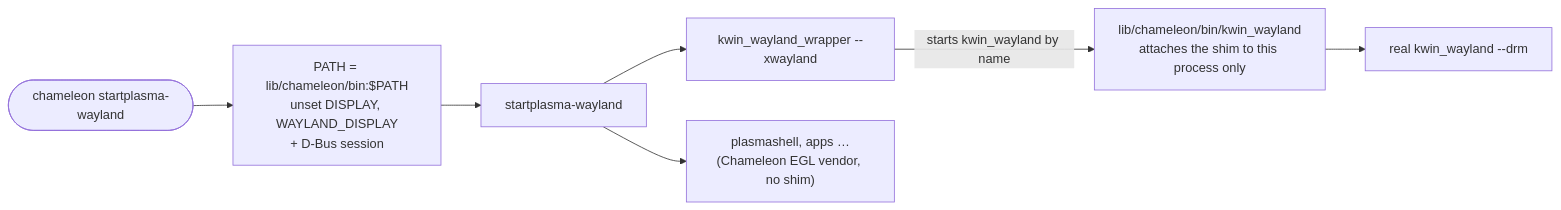
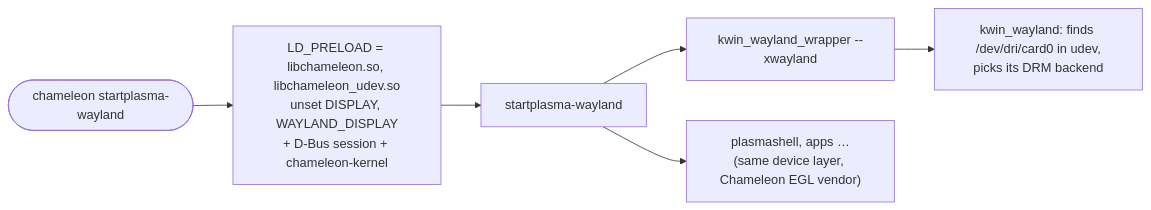
One commit to HarryL0L/Project-Chameleon changed the fourth of 4 diagrams in README.md. Above: the diagram before and after it, drawn with Mermaid. The commit also changed other lines of this file and 26 other files, not shown here.

````diff
--- a/README.md
+++ b/README.md
@@ -328,9 +333,8 @@
 ```mermaid
 flowchart LR
-    U(["chameleon startplasma-wayland"]) --> P["PATH = lib/chameleon/bin:$PATH<br/>unset DISPLAY, WAYLAND_DISPLAY<br/>+ D-Bus session"]
+    U(["chameleon startplasma-wayland"]) --> P["LD_PRELOAD = libchameleon.so, libchameleon_udev.so<br/>unset DISPLAY, WAYLAND_DISPLAY<br/>+ D-Bus session + chameleon-kernel"]
     P --> SP["startplasma-wayland"]
     SP --> W["kwin_wayland_wrapper --xwayland"]
-    W -->|"starts kwin_wayland by name"| B["lib/chameleon/bin/kwin_wayland<br/>attaches the shim to this process only"]
-    B --> R["real kwin_wayland --drm"]
-    SP --> PS["plasmashell, apps …<br/>(Chameleon EGL vendor, no shim)"]
+    W --> R["kwin_wayland: finds /dev/dri/card0 in udev,<br/>picks its DRM backend"]
+    SP --> PS["plasmashell, apps …<br/>(same device layer, Chameleon EGL vendor)"]
 ```
````
